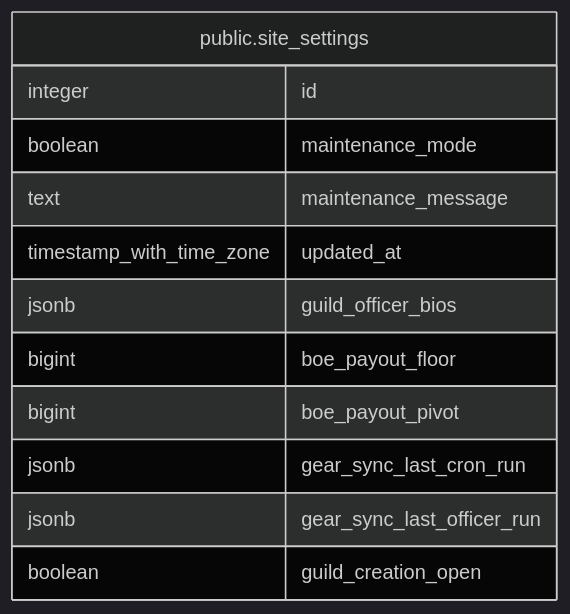
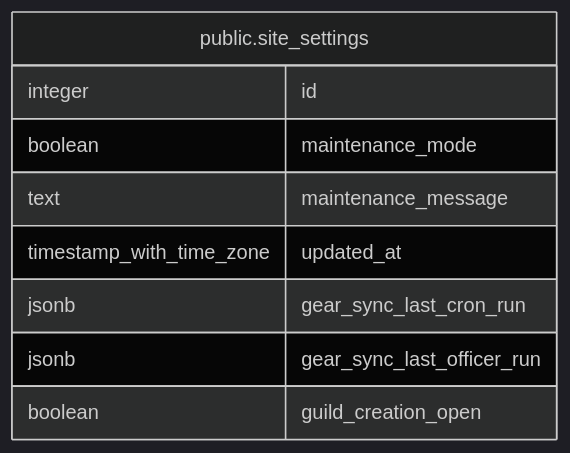
Before and after one commit to katogaming88/WGA-Raid-Hub: the diagram in dbdoc/public.site_settings.md, drawn with Mermaid (dark theme). The commit also changed other lines of this file and 64 other files, not shown here.

First line of the commit message:
Guild-level checks ask the guild grid in their own guild; bio cards and BoE payout settings move to the guild (#1647, part 1)

````diff
--- a/dbdoc/public.site_settings.md
+++ b/dbdoc/public.site_settings.md
@@ -34,17 +29,14 @@
 ```mermaid
 erDiagram
 
 
 "public.site_settings" {
   integer id
   boolean maintenance_mode
   text maintenance_message
   timestamp_with_time_zone updated_at
-  jsonb guild_officer_bios
-  bigint boe_payout_floor
-  bigint boe_payout_pivot
   jsonb gear_sync_last_cron_run
   jsonb gear_sync_last_officer_run
   boolean guild_creation_open
 }
 ```
````
